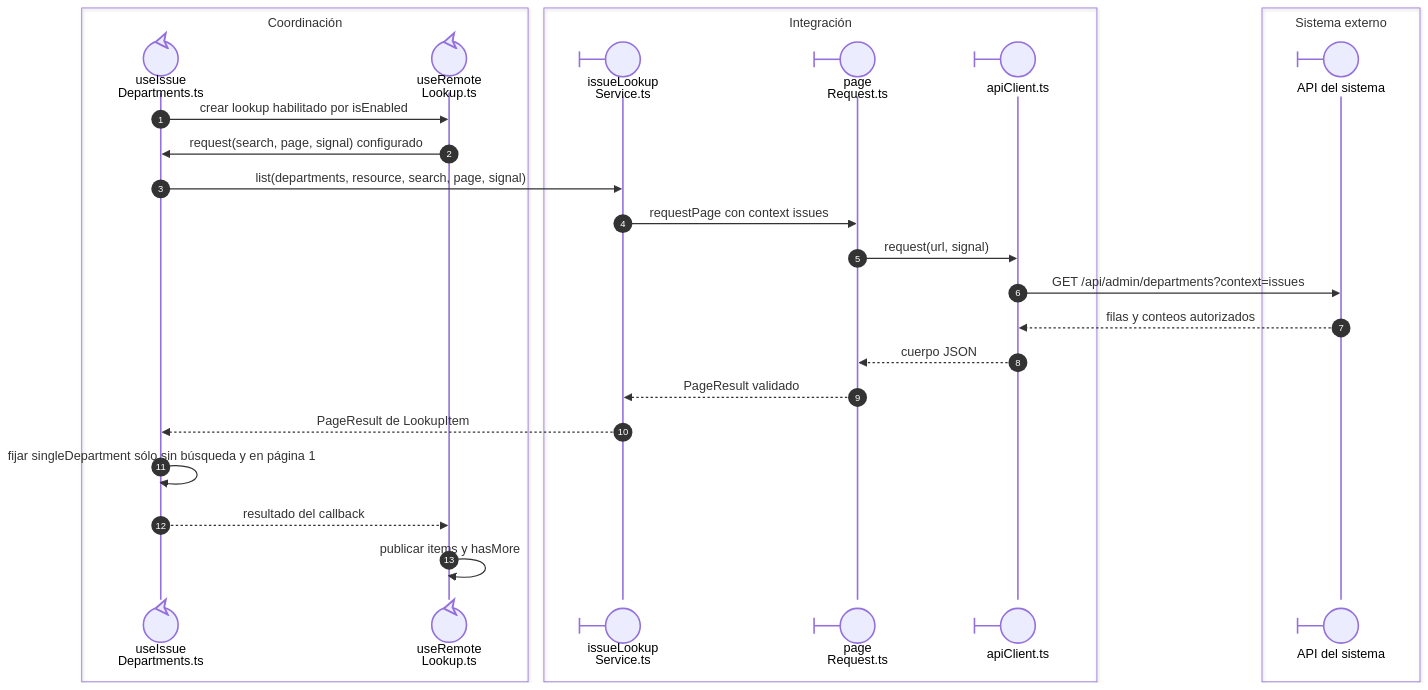
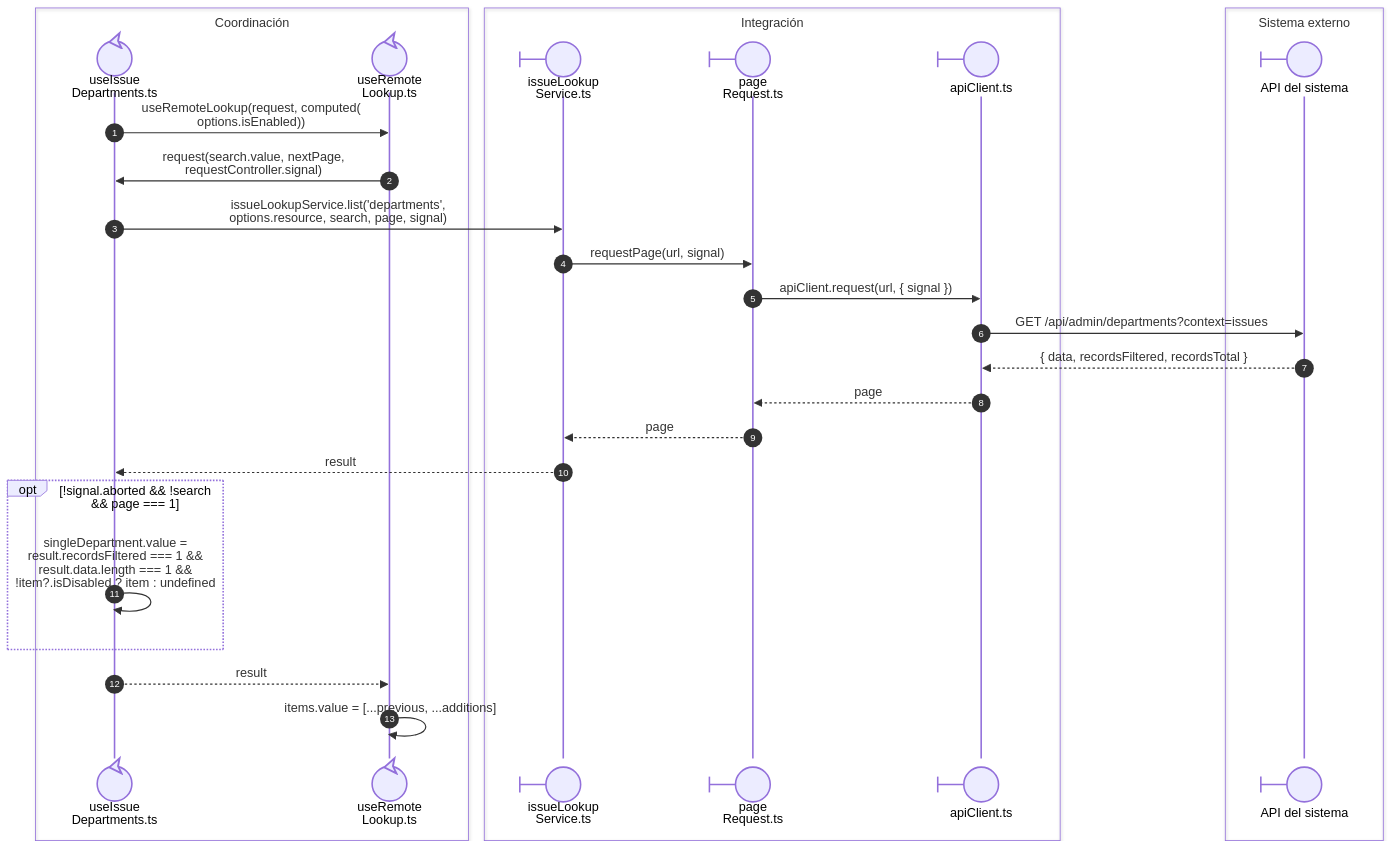
One commit to gpgsistemas01/nexus changed the first of 2 diagrams in front/docs/architecture/views/processes/07-issues/04-department-scope.md. Above: the diagram before and after it, drawn with Mermaid. The commit also changed other lines of this file and 43 other files, not shown here.

````diff
--- a/front/docs/architecture/views/processes/07-issues/04-department-scope.md
+++ b/front/docs/architecture/views/processes/07-issues/04-department-scope.md
@@ -17,29 +9,31 @@
 ```mermaid
 sequenceDiagram
     autonumber
     box Coordinación
     participant Scope@{ "type": "control" } as useIssue<br/>Departments.ts
     participant Lookup@{ "type": "control" } as useRemote<br/>Lookup.ts
     end
     box Integración
     participant Service@{ "type": "boundary" } as issueLookup<br/>Service.ts
     participant Paged@{ "type": "boundary" } as page<br/>Request.ts
     participant HTTP@{ "type": "boundary" } as apiClient.ts
     end
     box Sistema externo
     participant API@{ "type": "boundary" } as API del sistema
     end
-    Scope->>Lookup: crear lookup habilitado por isEnabled
-    Lookup->>Scope: request(search, page, signal) configurado
-    Scope->>Service: list(departments, resource, search, page, signal)
-    Service->>Paged: requestPage con context issues
-    Paged->>HTTP: request(url, signal)
-    HTTP->>API: GET /api/admin/departments?context=issues
-    API-->>HTTP: filas y conteos autorizados
-    HTTP-->>Paged: cuerpo JSON
-    Paged-->>Service: PageResult validado
-    Service-->>Scope: PageResult de LookupItem
-    Scope->>Scope: fijar singleDepartment sólo sin búsqueda y en página 1
-    Scope-->>Lookup: resultado del callback
-    Lookup->>Lookup: publicar items y hasMore
+    Scope->>Lookup: nowrap: useRemoteLookup(request, computed(<br/>options.isEnabled))
+    Lookup->>Scope: nowrap: request(search.value, nextPage,<br/>requestController.signal)
+    Scope->>Service: nowrap: issueLookupService.list('departments',<br/>options.resource, search, page, signal)
+    Service->>Paged: nowrap: requestPage(url, signal)
+    Paged->>HTTP: nowrap: apiClient.request(url, { signal })
+    HTTP->>API: nowrap: GET /api/admin/departments?context=issues
+    API-->>HTTP: nowrap: { data, recordsFiltered, recordsTotal }
+    HTTP-->>Paged: nowrap: page
+    Paged-->>Service: nowrap: page
+    Service-->>Scope: nowrap: result
+    opt nowrap: !signal.aborted && !search && page === 1
+        Scope->>Scope: nowrap: singleDepartment.value =<br/>result.recordsFiltered === 1 &&<br/>result.data.length === 1 &&<br/>!item?.isDisabled ? item : undefined
+    end
+    Scope-->>Lookup: nowrap: result
+    Lookup->>Lookup: nowrap: items.value = [...previous, ...additions]
 ```
````
